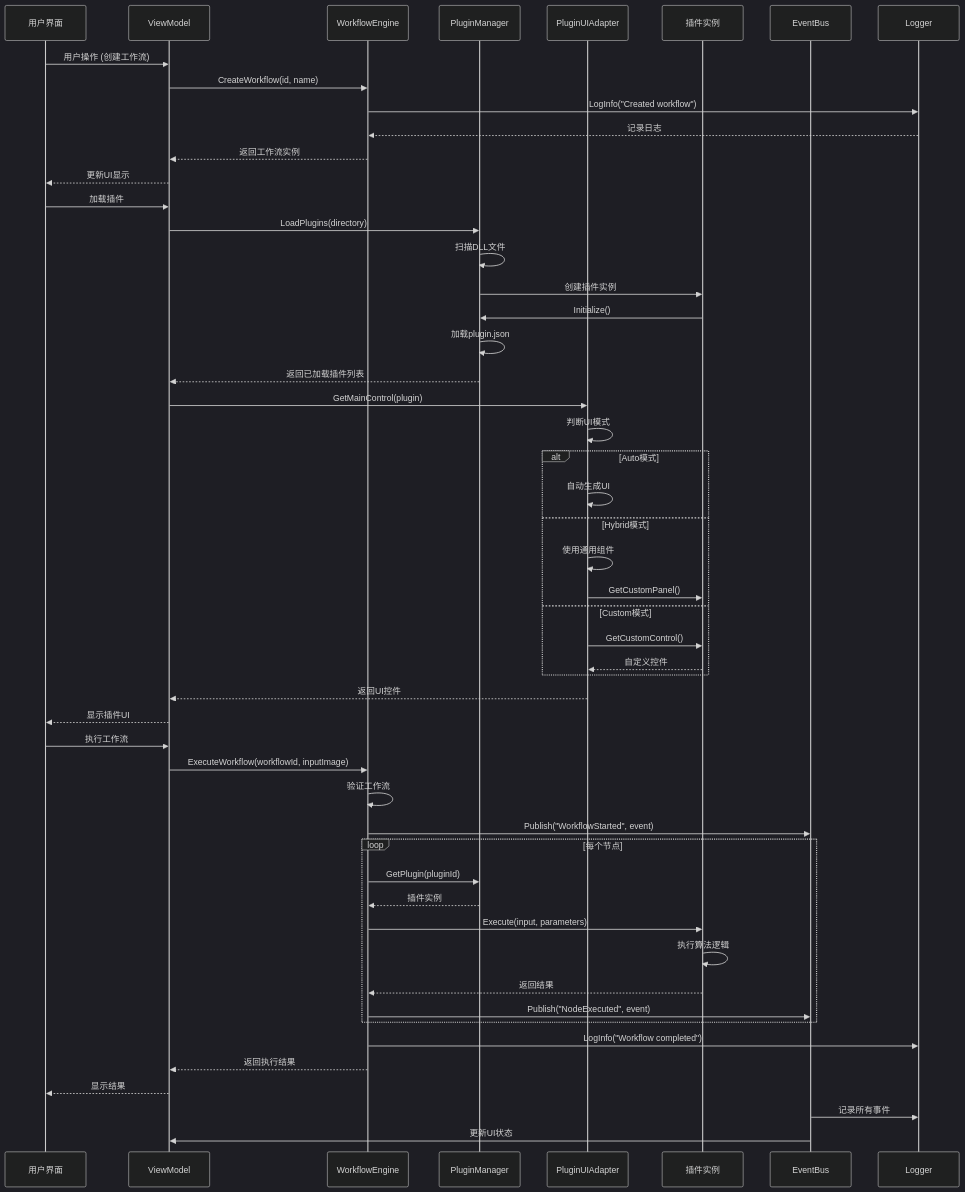
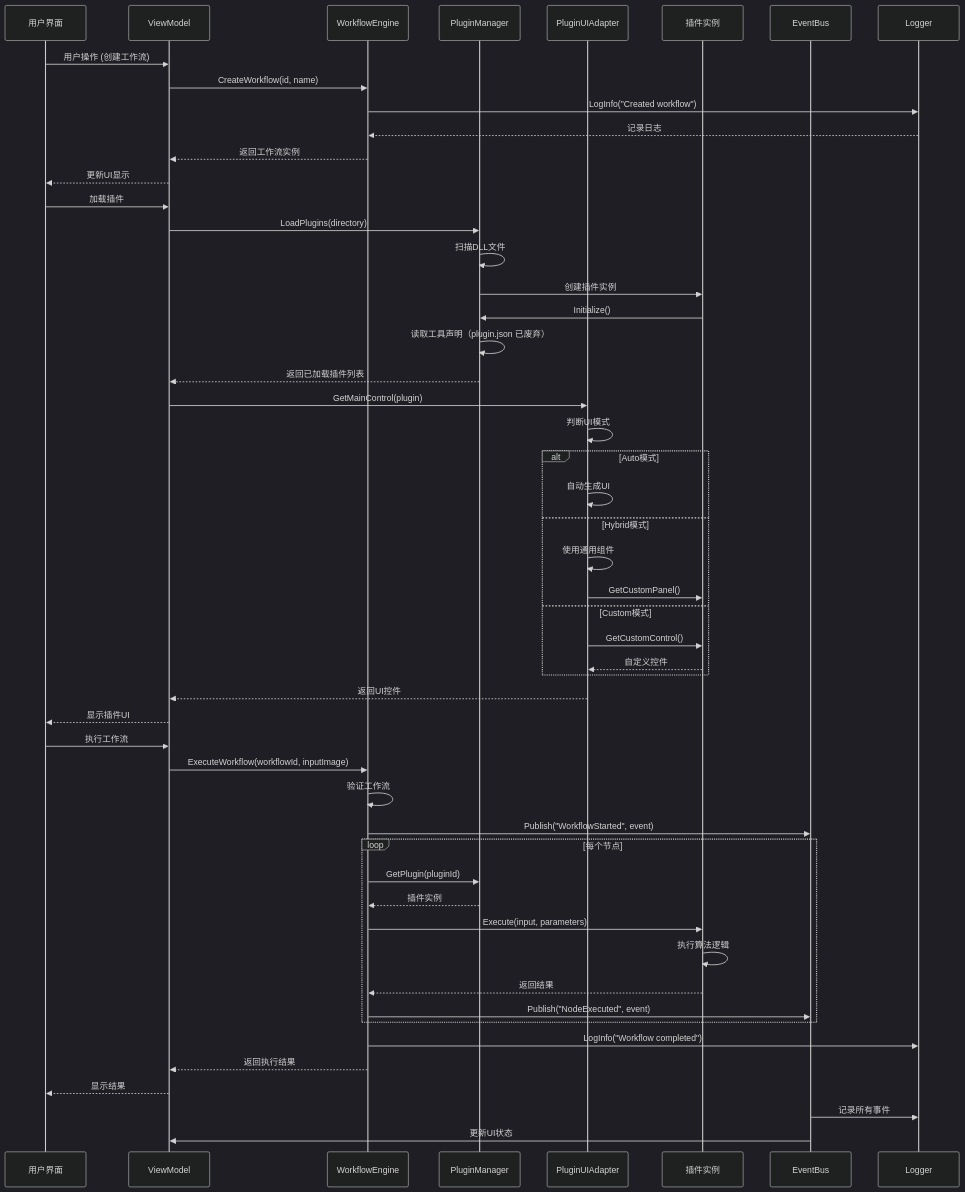
One commit to houzj/SunEyeVision_V2 changed the third of 8 diagrams in docs/05-框架架构/2026/02/SunEyeVision视觉软件架构图-20260222.md. Above: the diagram before and after it, drawn with Mermaid (dark theme). The commit also changed 8 other files, not shown here.

First line of the commit message:
补完三份指南的 plugin.json 废弃提示并登记工具身份合同

````diff
--- a/docs/05-框架架构/2026/02/SunEyeVision视觉软件架构图-20260222.md
+++ b/docs/05-框架架构/2026/02/SunEyeVision视觉软件架构图-20260222.md
@@ -196,58 +196,58 @@
 ```mermaid
 sequenceDiagram
     participant U as 用户界面
     participant VM as ViewModel
     participant WE as WorkflowEngine
     participant PM as PluginManager
     participant PU as PluginUIAdapter
     participant P as 插件实例
     participant EB as EventBus
     participant L as Logger
 
     U->>VM: 用户操作 (创建工作流)
     VM->>WE: CreateWorkflow(id, name)
     WE->>L: LogInfo("Created workflow")
     L-->>WE: 记录日志
     WE-->>VM: 返回工作流实例
     VM-->>U: 更新UI显示
 
     U->>VM: 加载插件
     VM->>PM: LoadPlugins(directory)
     PM->>PM: 扫描DLL文件
     PM->>P: 创建插件实例
     P->>PM: Initialize()
-    PM->>PM: 加载plugin.json
+    PM->>PM: 读取工具声明（plugin.json 已废弃）
     PM-->>VM: 返回已加载插件列表
     VM->>PU: GetMainControl(plugin)
     PU->>PU: 判断UI模式
     alt Auto模式
         PU->>PU: 自动生成UI
     else Hybrid模式
         PU->>PU: 使用通用组件
         PU->>P: GetCustomPanel()
     else Custom模式
         PU->>P: GetCustomControl()
         P-->>PU: 自定义控件
     end
     PU-->>VM: 返回UI控件
     VM-->>U: 显示插件UI
 
     U->>VM: 执行工作流
     VM->>WE: ExecuteWorkflow(workflowId, inputImage)
     WE->>WE: 验证工作流
     WE->>EB: Publish("WorkflowStarted", event)
     loop 每个节点
         WE->>PM: GetPlugin(pluginId)
         PM-->>WE: 插件实例
         WE->>P: Execute(input, parameters)
         P->>P: 执行算法逻辑
         P-->>WE: 返回结果
         WE->>EB: Publish("NodeExecuted", event)
     end
     WE->>L: LogInfo("Workflow completed")
     WE-->>VM: 返回执行结果
     VM-->>U: 显示结果
 
     EB->>L: 记录所有事件
     EB->>VM: 更新UI状态
 ```
````
